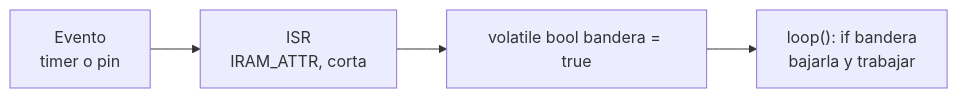
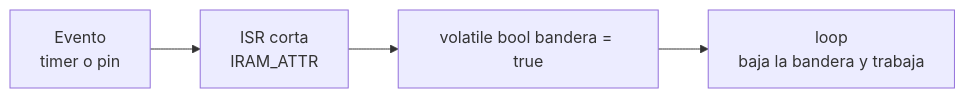
One commit to AlejandroTatum/sistemas-digitales-unl changed the sixth of 6 diagrams in unidad-1/apuntes/repaso-prueba.md. Above: the diagram before and after it, drawn with Mermaid. The commit also changed other lines of this file and 16 other files, not shown here.

````diff
--- a/unidad-1/apuntes/repaso-prueba.md
+++ b/unidad-1/apuntes/repaso-prueba.md
@@ -82,6 +106,6 @@
 ```mermaid
 flowchart LR
-    A["Evento<br/>timer o pin"] --> B["ISR<br/>IRAM_ATTR, corta"]
+    A["Evento<br/>timer o pin"] --> B["ISR corta<br/>IRAM_ATTR"]
     B --> C["volatile bool bandera = true"]
-    C --> D["loop(): if bandera<br/>bajarla y trabajar"]
+    C --> D["loop<br/>baja la bandera y trabaja"]
 ```
````
